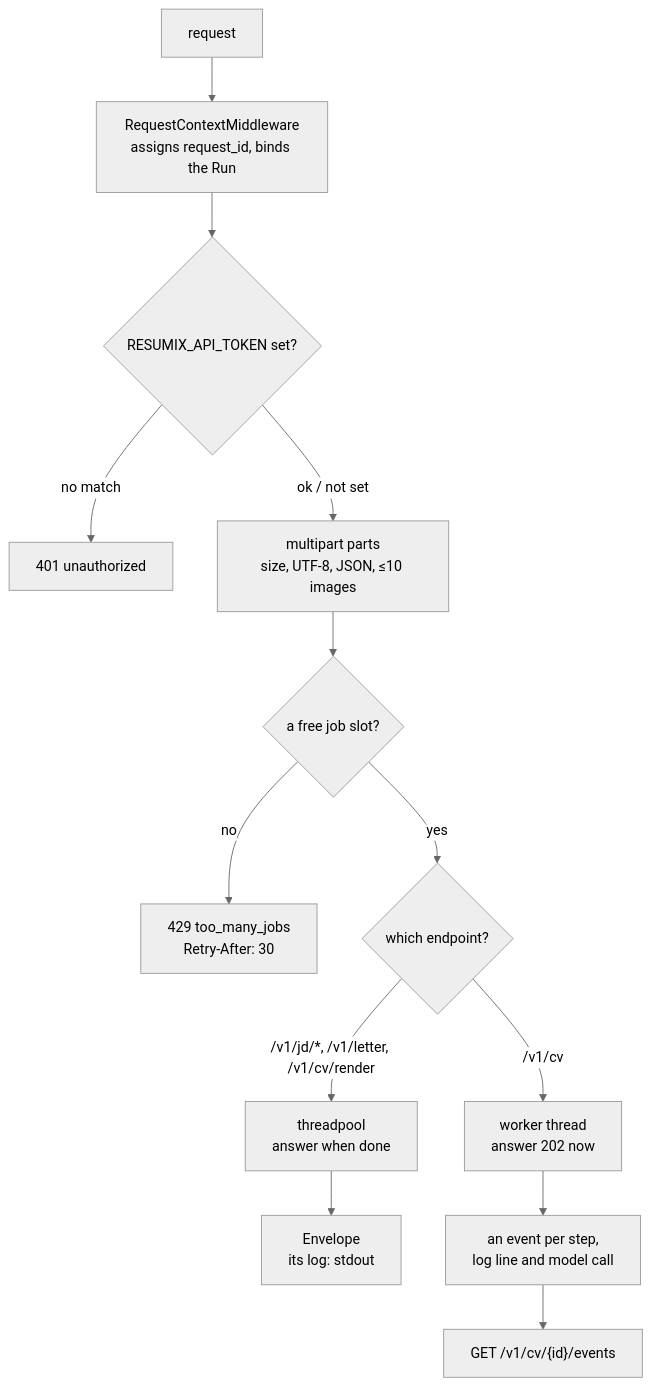
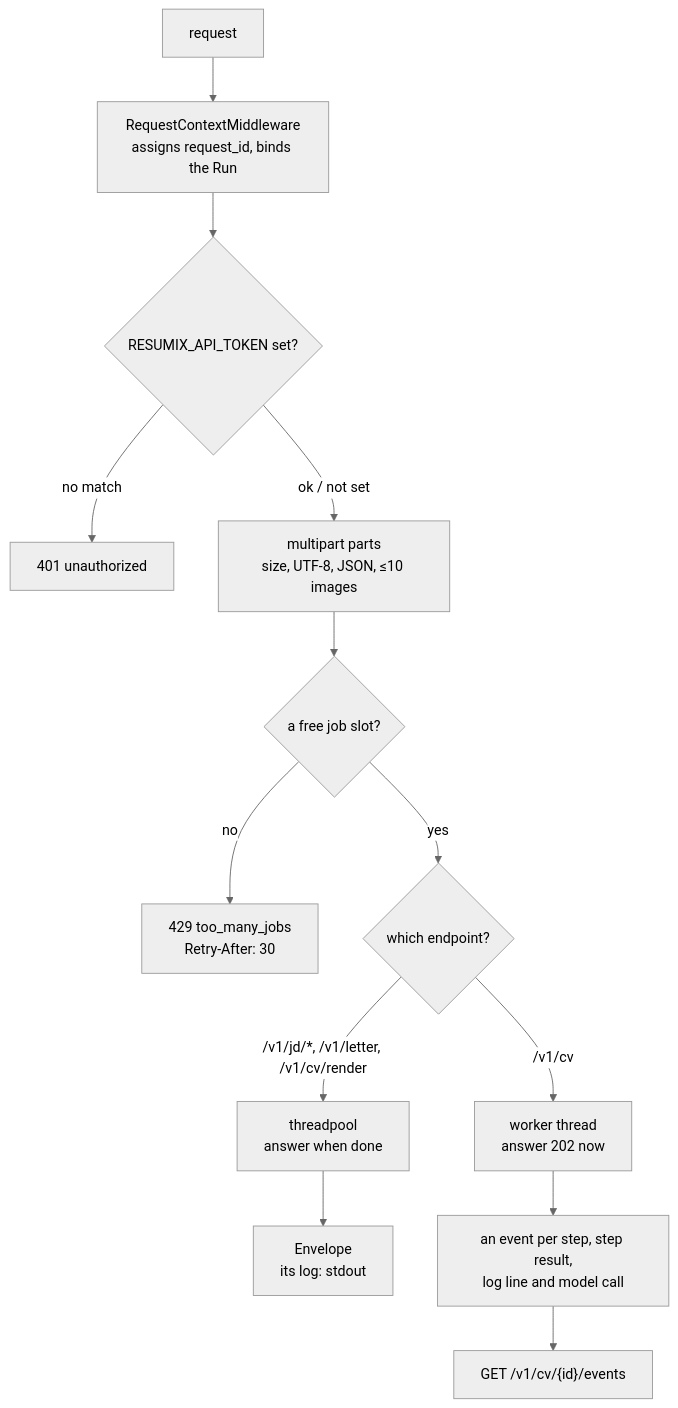
Before and after one commit to gcontini/ats-strike: the second of 2 diagrams in doc/architecture.md, drawn with Mermaid (neutral theme). The commit also changed other lines of this file and 98 other files, not shown here.

````diff
--- a/doc/architecture.md
+++ b/doc/architecture.md
@@ -79,15 +80,15 @@
 ```mermaid
 flowchart TB
     REQ["request"] --> MW["RequestContextMiddleware<br/>assigns request_id, binds the Run"]
     MW --> AUTH{"RESUMIX_API_TOKEN set?"}
     AUTH -->|"no match"| E401["401 unauthorized"]
     AUTH -->|"ok / not set"| PARTS["multipart parts<br/>size, UTF-8, JSON, ≤10 images"]
     PARTS --> SLOT{"a free job slot?"}
     SLOT -->|"no"| E429["429 too_many_jobs<br/>Retry-After: 30"]
     SLOT -->|"yes"| KIND{"which endpoint?"}
     KIND -->|"/v1/jd/*, /v1/letter, /v1/cv/render"| POOL["threadpool<br/>answer when done"]
     KIND -->|"/v1/cv"| THREAD["worker thread<br/>answer 202 now"]
     POOL --> ENV["Envelope<br/>its log: stdout"]
-    THREAD --> EVENTS["an event per step,<br/>log line and model call"]
+    THREAD --> EVENTS["an event per step, step result,<br/>log line and model call"]
     EVENTS --> STREAM["GET /v1/cv/{id}/events"]
 ```
````
